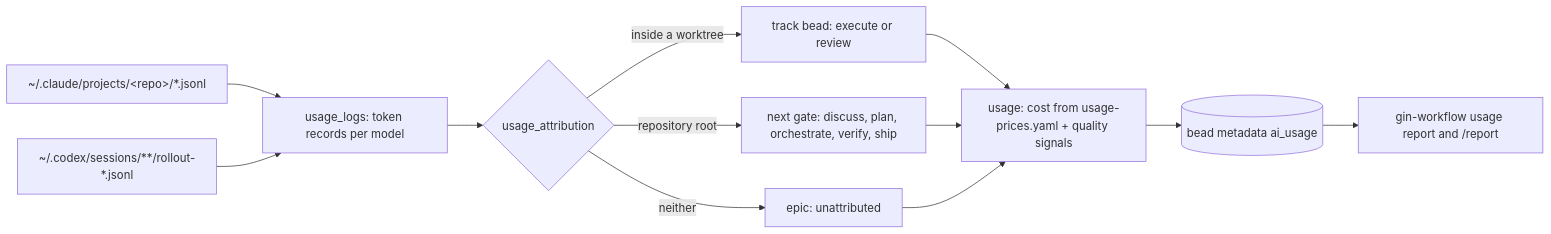
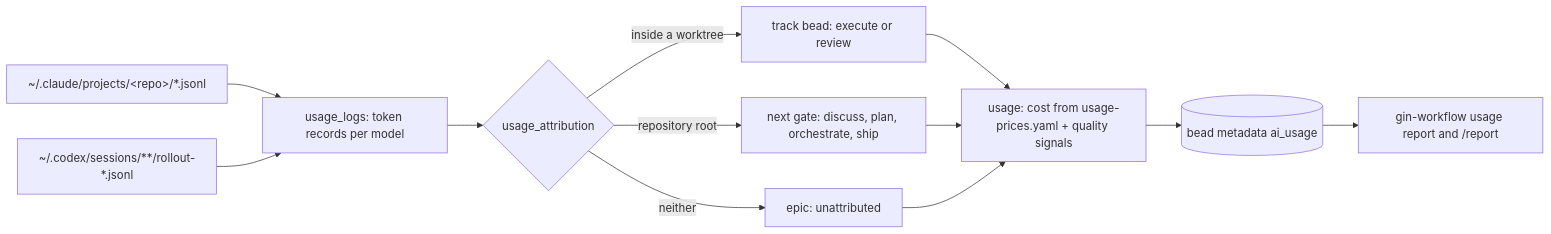
One commit to giangdhwhtbr/gin-workflow changed the sixth of 6 diagrams in docs/concepts/architecture.md. Above: the diagram before and after it, drawn with Mermaid. The commit also changed other lines of this file and 35 other files, not shown here.

Commit message:
docs(lifecycle): remove the verify skill and stage from skills and docs; ship runs plain ledger/SDD steps

````diff
--- a/docs/concepts/architecture.md
+++ b/docs/concepts/architecture.md
@@ -149,12 +148,12 @@
 ```mermaid
 flowchart LR
     L1[~/.claude/projects/&lt;repo&gt;/*.jsonl] --> A
     L2[~/.codex/sessions/**/rollout-*.jsonl] --> A
     A[usage_logs: token records per model] --> B{usage_attribution}
     B -->|inside a worktree| T[track bead: execute or review]
-    B -->|repository root| G[next gate: discuss, plan, orchestrate, verify, ship]
+    B -->|repository root| G[next gate: discuss, plan, orchestrate, ship]
     B -->|neither| UA[epic: unattributed]
     T & G & UA --> S[usage: cost from usage-prices.yaml + quality signals]
     S --> M[(bead metadata ai_usage)]
     M --> R[gin-workflow usage report and /report]
 ```
````
